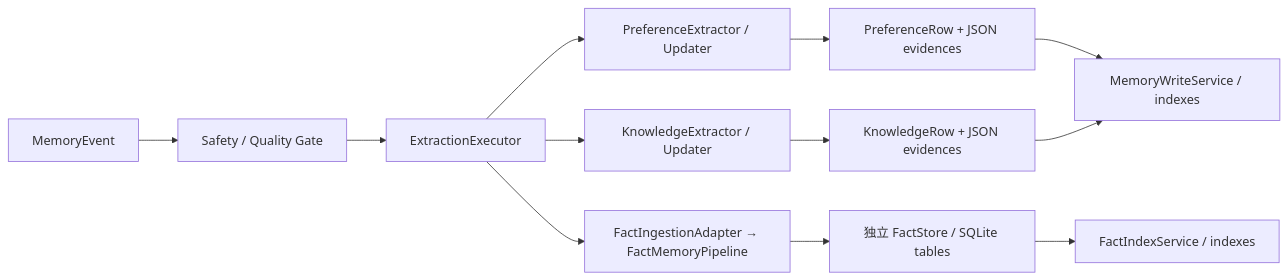
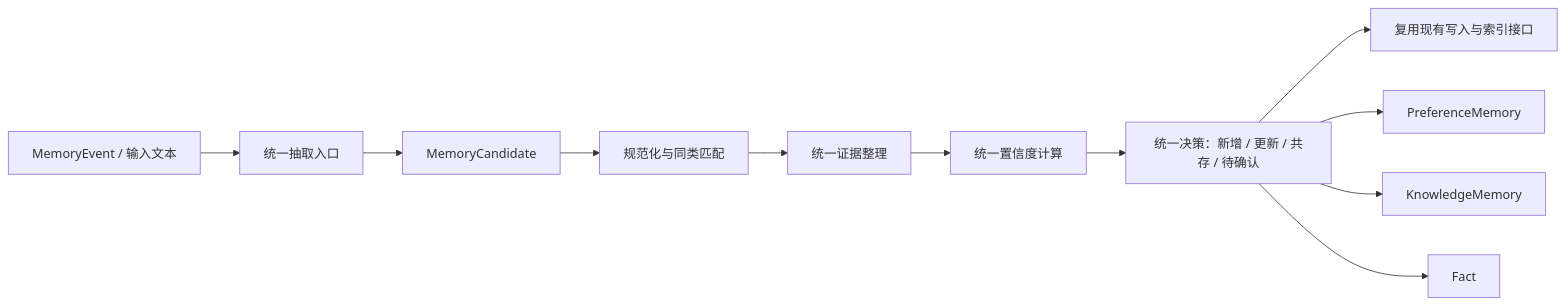
The diagram in docs/CORE_MEMORY_REFACTOR_PLAN.md (pyzw618/XA202612-2), drawn with Mermaid before and after one commit. The commit also changed other lines of this file and 23 other files, not shown here.

````diff
--- a/docs/CORE_MEMORY_REFACTOR_PLAN.md
+++ b/docs/CORE_MEMORY_REFACTOR_PLAN.md
@@ -35,16 +21,14 @@
 ```mermaid
 flowchart LR
-    E["MemoryEvent"] --> G["Safety / Quality Gate"]
-    G --> X["ExtractionExecutor"]
-    X --> P["PreferenceExtractor / Updater"]
-    X --> K["KnowledgeExtractor / Updater"]
-    X --> F["FactIngestionAdapter → FactMemoryPipeline"]
+    E["MemoryEvent / 输入文本"] --> A["统一抽取入口"]
+    A --> C["MemoryCandidate"]
+    C --> N["规范化与同类匹配"]
+    N --> V["统一证据整理"]
+    V --> S["统一置信度计算"]
+    S --> D["统一决策：新增 / 更新 / 共存 / 待确认"]
+    D --> W["复用现有写入与索引接口"]
 
-    P --> PS["PreferenceRow + JSON evidences"]
-    K --> KS["KnowledgeRow + JSON evidences"]
-    F --> FS["独立 FactStore / SQLite tables"]
-
-    PS --> W["MemoryWriteService / indexes"]
-    KS --> W
-    FS --> FI["FactIndexService / indexes"]
+    D --> P["PreferenceMemory"]
+    D --> K["KnowledgeMemory"]
+    D --> F["Fact"]
 ```
````
